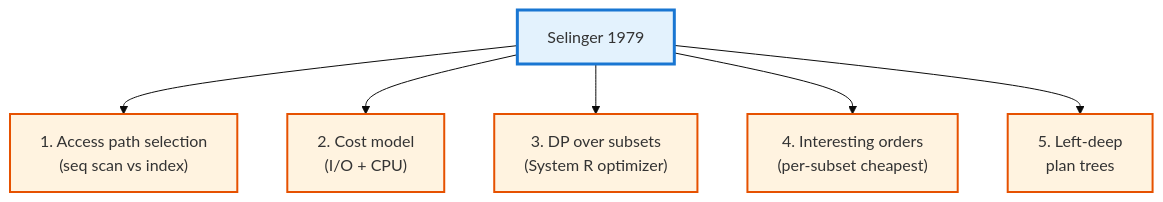
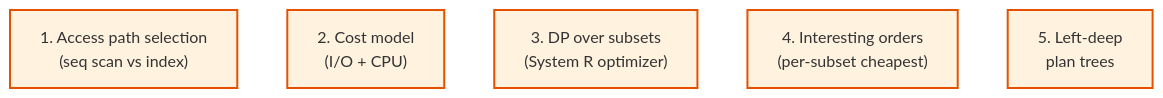
Before and after one commit to ufdatastudio/cop5725fa26: the third of 5 diagrams in lecture-outlines/day34-optimization-ii/slides.md, drawn with Mermaid (base theme). The commit also changed other lines of this file and 50 other files, not shown here.

````diff
--- a/lecture-outlines/day34-optimization-ii/slides.md
+++ b/lecture-outlines/day34-optimization-ii/slides.md
@@ -281,13 +301,10 @@
 ```mermaid
 graph TB
-  S["Selinger 1979"]
-  S --> A["1. Access path selection<br/>(seq scan vs index)"]
-  S --> O["2. Cost model<br/>(I/O + CPU)"]
-  S --> D["3. DP over subsets<br/>(System R optimizer)"]
-  S --> I["4. Interesting orders<br/>(per-subset cheapest)"]
-  S --> J["5. Left-deep<br/>plan trees"]
-  classDef root fill:#e3f2fd,stroke:#1976d2,stroke-width:3px
+  A["1. Access path selection<br/>(seq scan vs index)"]
+  O["2. Cost model<br/>(I/O + CPU)"]
+  D["3. DP over subsets<br/>(System R optimizer)"]
+  I["4. Interesting orders<br/>(per-subset cheapest)"]
+  J["5. Left-deep<br/>plan trees"]
   classDef idea fill:#fff3e0,stroke:#e65100,stroke-width:2px
-  class S root
   class A,O,D,I,J idea
 ```
````
